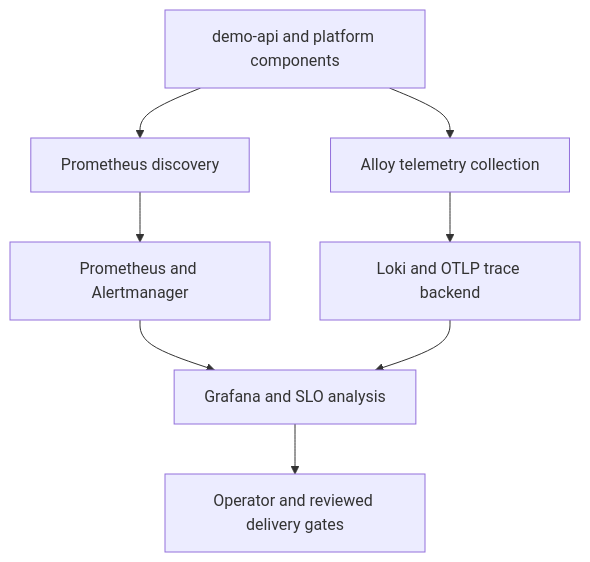
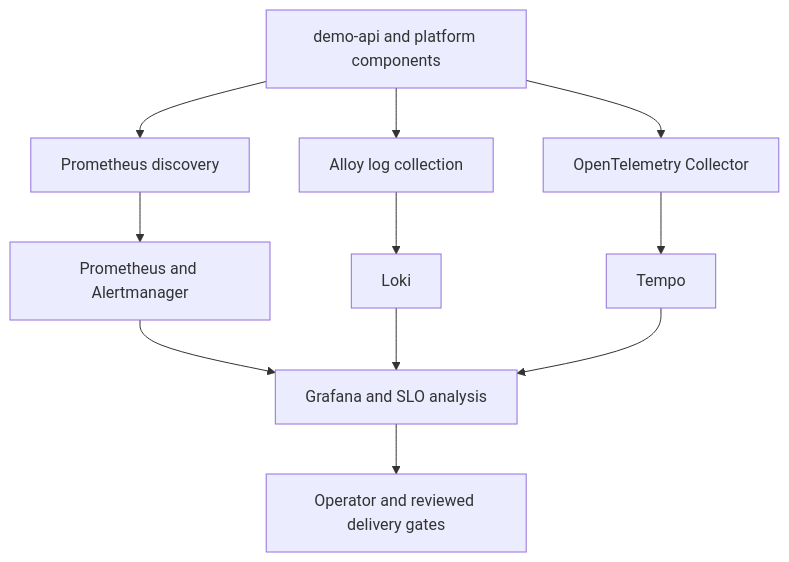
Before and after one commit to SterlingAureum/startup-devops-baseline: the diagram in docs/V0.11_OBSERVABILITY_SRE_DESIGN.md, drawn with Mermaid. The commit also changed other lines of this file and 10 other files, not shown here.

````diff
--- a/docs/V0.11_OBSERVABILITY_SRE_DESIGN.md
+++ b/docs/V0.11_OBSERVABILITY_SRE_DESIGN.md
@@ -161,10 +171,13 @@
 ```mermaid
 flowchart TD
     A[demo-api and platform components] --> B[Prometheus discovery]
-    A --> C[Alloy telemetry collection]
+    A --> C[Alloy log collection]
+    A --> H[OpenTelemetry Collector]
     B --> D[Prometheus and Alertmanager]
-    C --> E[Loki and OTLP trace backend]
+    C --> E[Loki]
+    H --> I[Tempo]
     D --> F[Grafana and SLO analysis]
     E --> F
+    I --> F
     F --> G[Operator and reviewed delivery gates]
 ```
````
